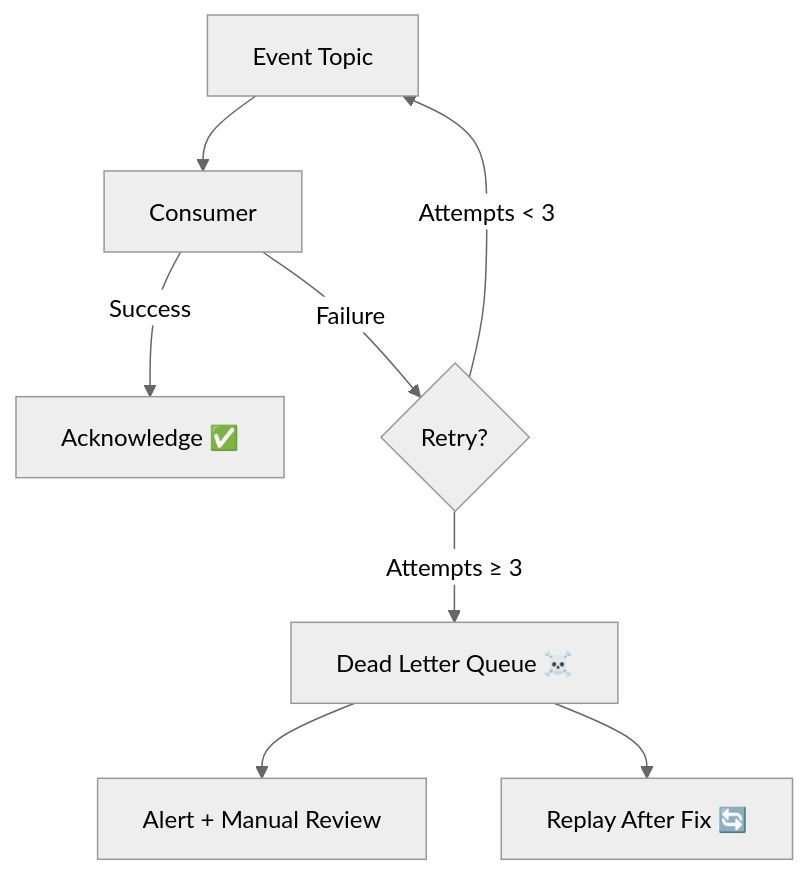
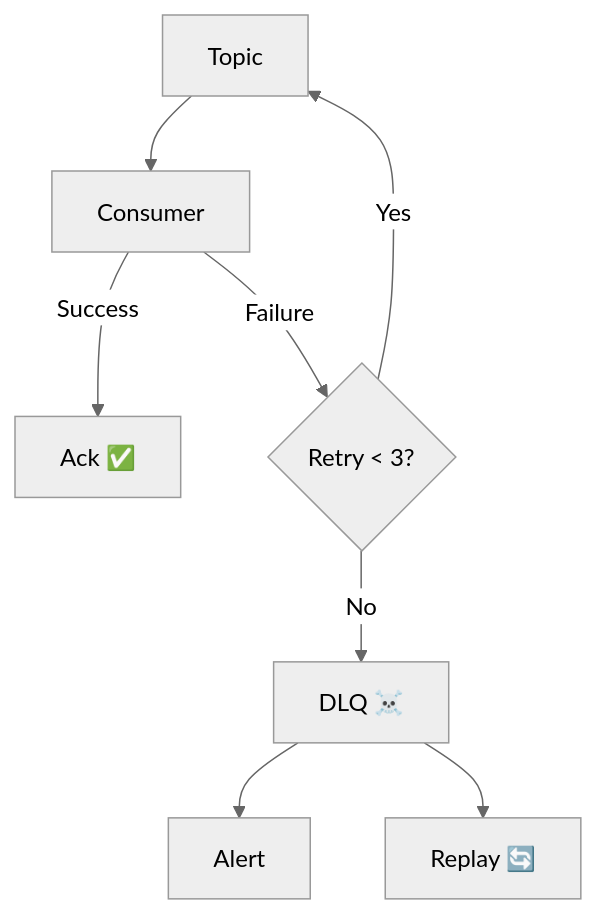
One commit to calmrocks/system-design-dive-deep changed the ninth of 16 diagrams in Sessions/Event-Driven Architecture/Slides.md. Above: the diagram before and after it, drawn with Mermaid (neutral theme). The commit also changed other lines of this file and 2 other files, not shown here.

```diff
--- a/Sessions/Event-Driven Architecture/Slides.md
+++ b/Sessions/Event-Driven Architecture/Slides.md
@@ -537,10 +325,10 @@
 ~~~mermaid
 flowchart TB
-    Q[Event Topic] --> C[Consumer]
-    C -->|Success| ACK["Acknowledge ✅"]
-    C -->|Failure| RETRY{"Retry?"}
-    RETRY -->|"Attempts < 3"| Q
-    RETRY -->|"Attempts ≥ 3"| DLQ["Dead Letter Queue ☠️"]
-    DLQ --> ALERT["Alert + Manual Review"]
-    DLQ --> REPLAY["Replay After Fix 🔄"]
+    Q[Topic] --> C[Consumer]
+    C -->|Success| ACK[Ack ✅]
+    C -->|Failure| R{"Retry < 3?"}
+    R -->|Yes| Q
+    R -->|No| DLQ[DLQ ☠️]
+    DLQ --> ALERT[Alert]
+    DLQ --> REPLAY[Replay 🔄]
 ~~~
```
